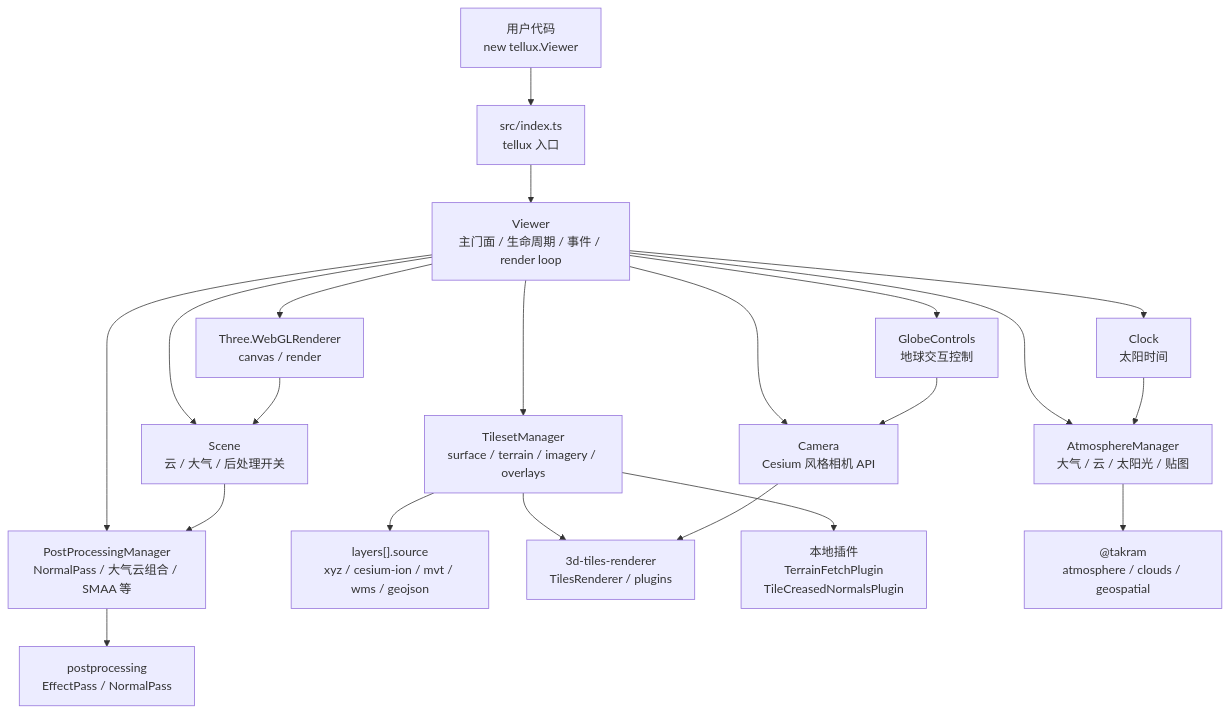
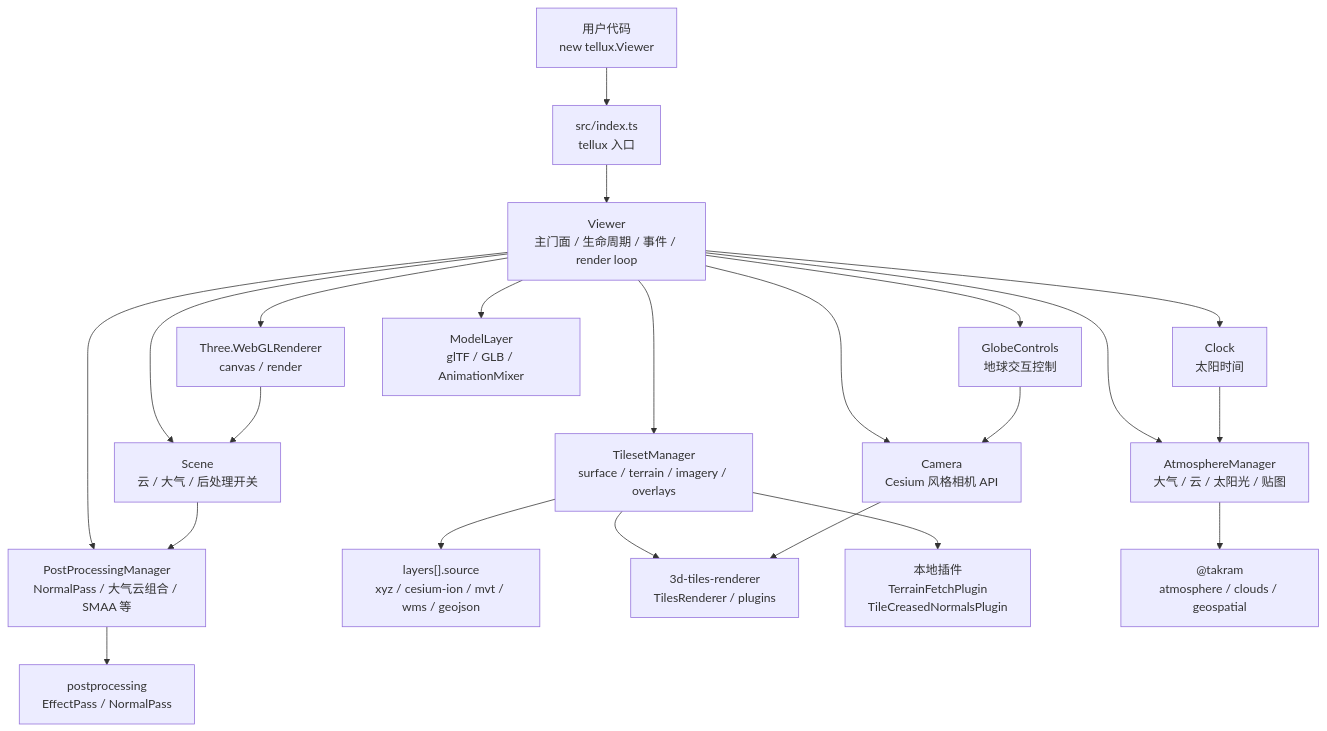
The first of 2 diagrams in README.md (cyanfish-x/tellux), drawn with Mermaid before and after one commit. The commit also changed other lines of this file and 14 other files, not shown here.

````diff
--- a/README.md
+++ b/README.md
@@ -302,28 +363,29 @@
 ```mermaid
 flowchart TB
   User["用户代码<br/>new tellux.Viewer"] --> Entry["src/index.ts<br/>tellux 入口"]
   Entry --> Viewer["Viewer<br/>主门面 / 生命周期 / 事件 / render loop"]
 
   Viewer --> Camera["Camera<br/>Cesium 风格相机 API"]
   Viewer --> Scene["Scene<br/>云 / 大气 / 后处理开关"]
   Viewer --> Clock["Clock<br/>太阳时间"]
   Viewer --> Controls["GlobeControls<br/>地球交互控制"]
   Viewer --> Renderer["Three.WebGLRenderer<br/>canvas / render"]
 
   Viewer --> TilesetManager["TilesetManager<br/>surface / terrain / imagery / overlays"]
+  Viewer --> Models["ModelLayer<br/>glTF / GLB / AnimationMixer"]
   Viewer --> AtmosphereManager["AtmosphereManager<br/>大气 / 云 / 太阳光 / 贴图"]
   Viewer --> PostProcessingManager["PostProcessingManager<br/>NormalPass / 大气云组合 / SMAA 等"]
 
   TilesetManager --> Sources["layers[].source<br/>xyz / cesium-ion / mvt / wms / geojson"]
   TilesetManager --> TilesRenderer["3d-tiles-renderer<br/>TilesRenderer / plugins"]
   TilesetManager --> TilePlugins["本地插件<br/>TerrainFetchPlugin<br/>TileCreasedNormalsPlugin"]
 
   AtmosphereManager --> Takram["@takram<br/>atmosphere / clouds / geospatial"]
   PostProcessingManager --> Postprocessing["postprocessing<br/>EffectPass / NormalPass"]
 
   Scene --> PostProcessingManager
   Clock --> AtmosphereManager
   Camera --> TilesRenderer
   Controls --> Camera
   Renderer --> Scene
 ```
````
